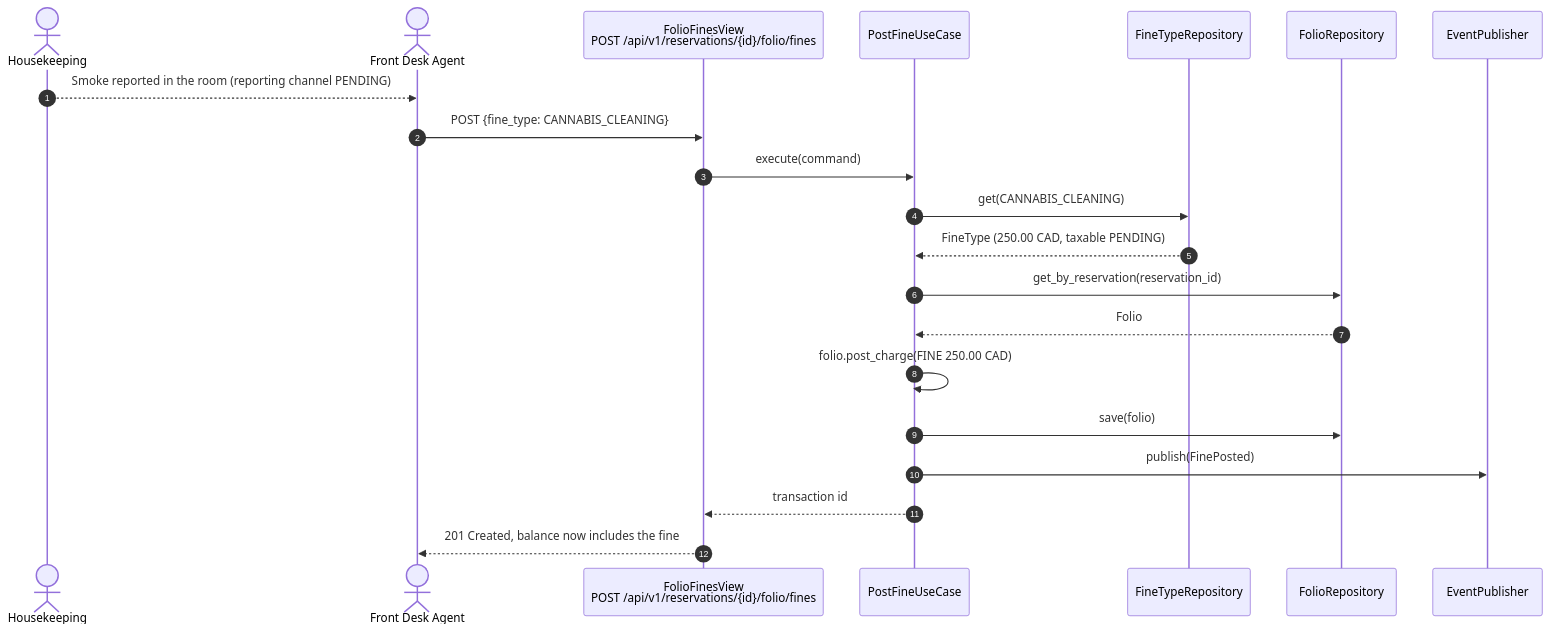
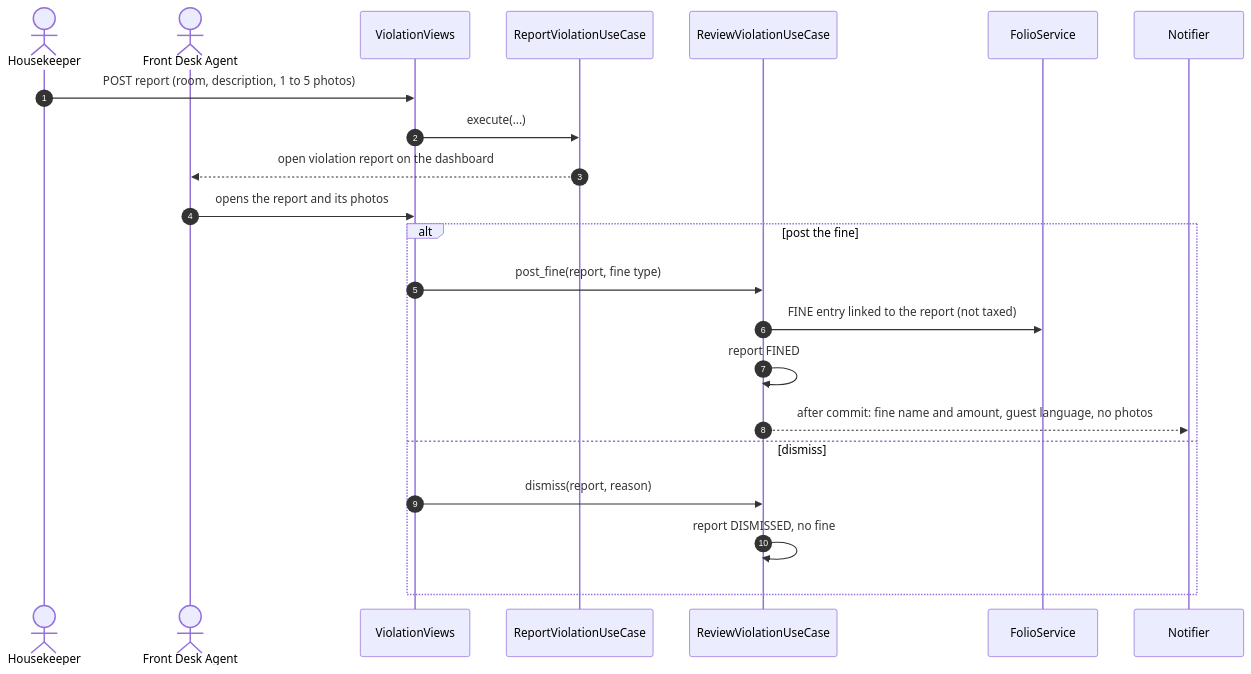
The third of 4 diagrams in docs/Initial Requirements/Diagrams/US-16 - Policy Violation Fine.md (BraceroInSabot/Motel-Starmie), drawn with Mermaid before and after one commit. The commit also changed other lines of this file and 51 other files, not shown here.

````diff
--- a/docs/Initial Requirements/Diagrams/US-16 - Policy Violation Fine.md
+++ b/docs/Initial Requirements/Diagrams/US-16 - Policy Violation Fine.md
@@ -234,24 +222,25 @@
 ```mermaid
 sequenceDiagram
     autonumber
-    actor HK as Housekeeping
-    actor Agent as Front Desk Agent
-    participant View as FolioFinesView<br/>POST /api/v1/reservations/{id}/folio/fines
-    participant UC as PostFineUseCase
-    participant Cat as FineTypeRepository
-    participant Repo as FolioRepository
-    participant Bus as EventPublisher
+    actor HK as Housekeeper
+    actor FDA as Front Desk Agent
+    participant View as ViolationViews
+    participant Report as ReportViolationUseCase
+    participant Review as ReviewViolationUseCase
+    participant Folio as FolioService
+    participant Mail as Notifier
 
-    HK-->>Agent: Smoke reported in the room (reporting channel PENDING)
-    Agent->>View: POST {fine_type: CANNABIS_CLEANING}
-    View->>UC: execute(command)
-    UC->>Cat: get(CANNABIS_CLEANING)
-    Cat-->>UC: FineType (250.00 CAD, taxable PENDING)
-    UC->>Repo: get_by_reservation(reservation_id)
-    Repo-->>UC: Folio
-    UC->>UC: folio.post_charge(FINE 250.00 CAD)
-    UC->>Repo: save(folio)
-    UC->>Bus: publish(FinePosted)
-    UC-->>View: transaction id
-    View-->>Agent: 201 Created, balance now includes the fine
+    HK->>View: POST report (room, description, 1 to 5 photos)
+    View->>Report: execute(...)
+    Report-->>FDA: open violation report on the dashboard
+    FDA->>View: opens the report and its photos
+    alt post the fine
+        View->>Review: post_fine(report, fine type)
+        Review->>Folio: FINE entry linked to the report (not taxed)
+        Review->>Review: report FINED
+        Review-->>Mail: after commit: fine name and amount, guest language, no photos
+    else dismiss
+        View->>Review: dismiss(report, reason)
+        Review->>Review: report DISMISSED, no fine
+    end
 ```
````
